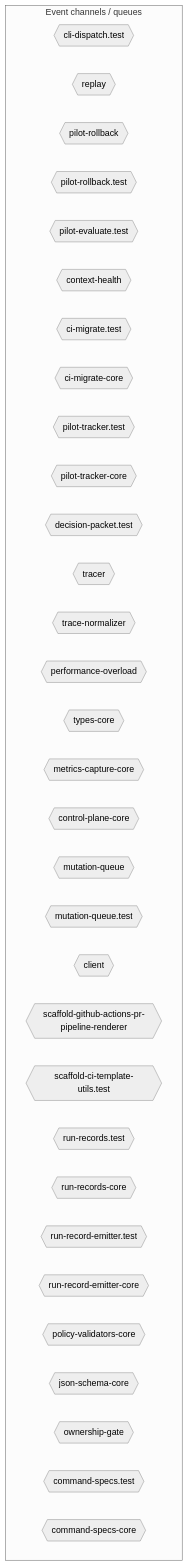
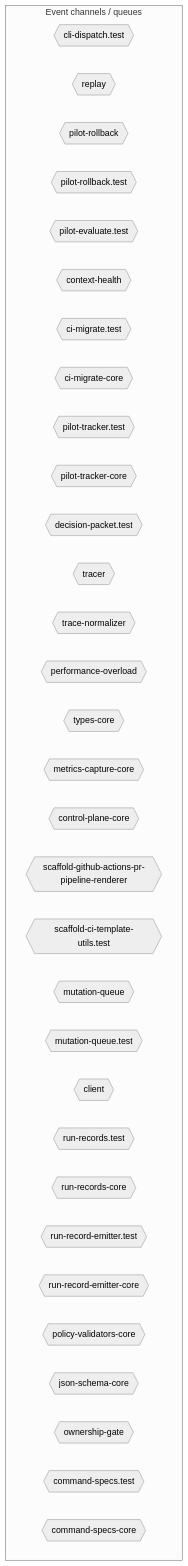
The sixth of 10 diagrams in AI/context/diagram-context.md (jscraik/coding-harness), drawn with Mermaid (neutral theme) before and after one commit. The commit also changed other lines of this file and 5 other files, not shown here.

````diff
--- a/AI/context/diagram-context.md
+++ b/AI/context/diagram-context.md
@@ -2394,38 +2383,38 @@
 ```mermaid
 flowchart TD
   subgraph Channels["Event channels / queues"]
     cli_dispatch_test_54c9f17b{{"cli-dispatch.test"}}
     replay_ac203c98{{"replay"}}
     pilot_rollback_00c1f82c{{"pilot-rollback"}}
     pilot_rollback_test_e61d5a2b{{"pilot-rollback.test"}}
     pilot_evaluate_test_a2ac06fc{{"pilot-evaluate.test"}}
     context_health_80bb7da9{{"context-health"}}
     ci_migrate_test_2a015bb9{{"ci-migrate.test"}}
     ci_migrate_core_7005b5af{{"ci-migrate-core"}}
     pilot_tracker_test_80398a66{{"pilot-tracker.test"}}
     pilot_tracker_core_80d8ac96{{"pilot-tracker-core"}}
     decision_packet_test_9ea0e97b{{"decision-packet.test"}}
     tracer_1e6243a2{{"tracer"}}
     trace_normalizer_cb1be1d2{{"trace-normalizer"}}
     performance_overload_c685bfcf{{"performance-overload"}}
     types_core_e405ddca{{"types-core"}}
     metrics_capture_core_db4bf7cf{{"metrics-capture-core"}}
     control_plane_core_db3b4cb2{{"control-plane-core"}}
+    scaffold_github_actions_pr_pipeline_renderer_1ee18de5{{"scaffold-github-actions-pr-pipeline-renderer"}}
+    scaffold_ci_template_utils_test_b94825d9{{"scaffold-ci-template-utils.test"}}
     mutation_queue_ce5a530e{{"mutation-queue"}}
     mutation_queue_test_10b599e8{{"mutation-queue.test"}}
     client_1_914e1681{{"client"}}
-    scaffold_github_actions_pr_pipeline_renderer_1ee18de5{{"scaffold-github-actions-pr-pipeline-renderer"}}
-    scaffold_ci_template_utils_test_b94825d9{{"scaffold-ci-template-utils.test"}}
     run_records_test_3ee6a0e3{{"run-records.test"}}
     run_records_core_89286dfa{{"run-records-core"}}
     run_record_emitter_test_5475c0da{{"run-record-emitter.test"}}
     run_record_emitter_core_688049d5{{"run-record-emitter-core"}}
     policy_validators_core_714a3fe7{{"policy-validators-core"}}
     json_schema_core_96d7e328{{"json-schema-core"}}
     ownership_gate_2e194d13{{"ownership-gate"}}
     command_specs_test_7f693e85{{"command-specs.test"}}
     command_specs_core_1c0ffc99{{"command-specs-core"}}
   end
   classDef eventNode fill:#db2777,color:#fff
 
 ```
````
